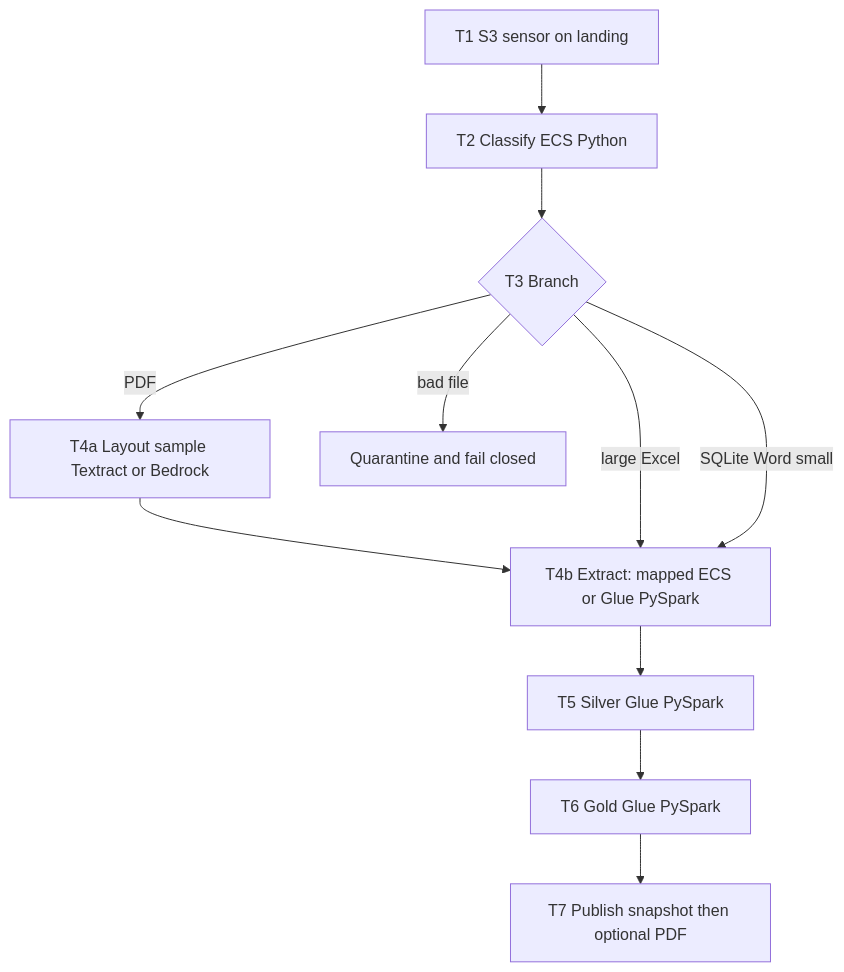
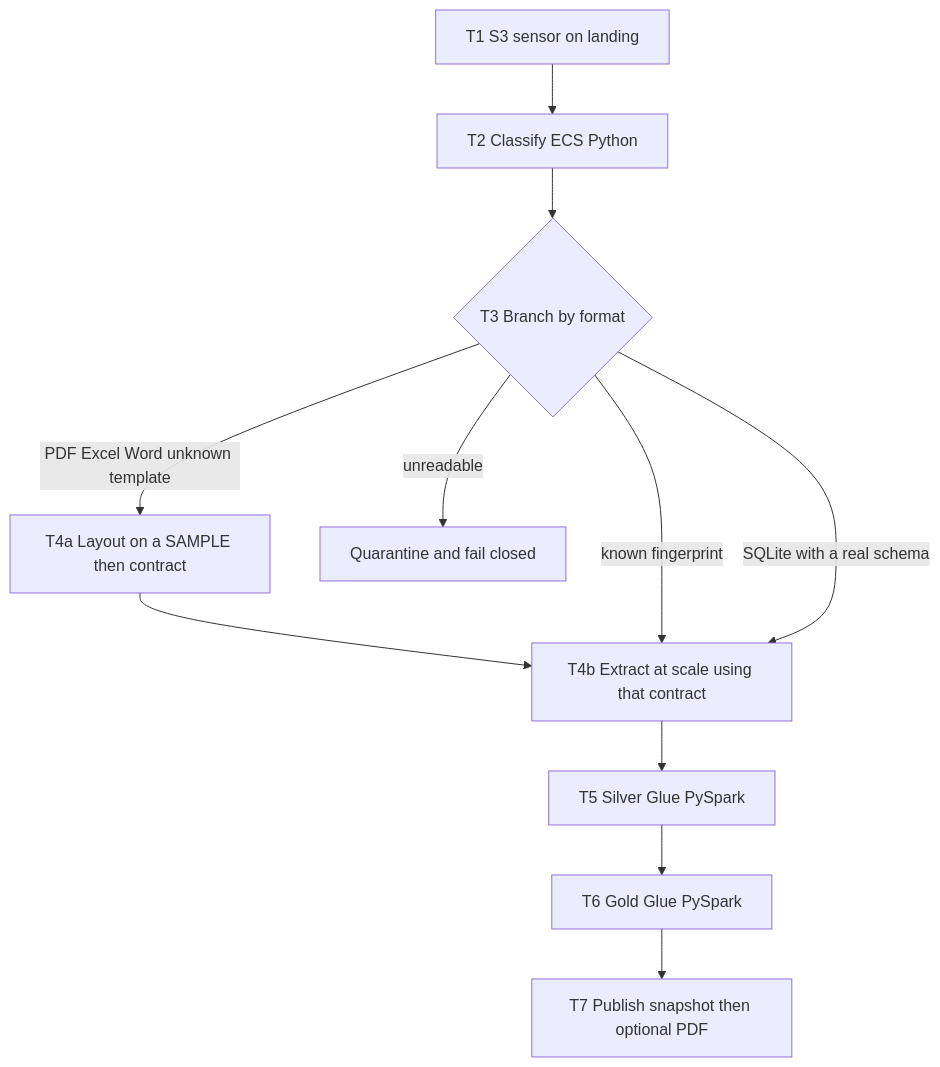
Before and after one commit to arielmmdx/document-intelligence-lake: the diagram in expected-solutions/diagrams/02_expected_airflow_dag.mmd, drawn with Mermaid. The commit also changed 8 other files, not shown here.

Commit message:
Clarify layout discovery for Excel and Word: sample then scale extract.

```diff
--- a/expected-solutions/diagrams/02_expected_airflow_dag.mmd
+++ b/expected-solutions/diagrams/02_expected_airflow_dag.mmd
@@ -1,18 +1,19 @@
 %% 02 — Expected Airflow DAG. Paste into https://mermaid.live
+%% T4a (layout) runs for PDF, Excel, and Word unless a known contract fingerprint hits.
 flowchart TD
   T1[T1 S3 sensor on landing]
   T2[T2 Classify ECS Python]
-  BR{T3 Branch}
-  T4A[T4a Layout sample Textract or Bedrock]
-  T4B[T4b Extract: mapped ECS or Glue PySpark]
+  BR{T3 Branch by format}
+  T4A[T4a Layout on a SAMPLE then contract]
+  T4B[T4b Extract at scale using that contract]
   T5[T5 Silver Glue PySpark]
   T6[T6 Gold Glue PySpark]
   T7[T7 Publish snapshot then optional PDF]
   Q[Quarantine and fail closed]
 
   T1 --> T2 --> BR
-  BR -->|PDF| T4A --> T4B
-  BR -->|large Excel| T4B
-  BR -->|SQLite Word small| T4B
-  BR -->|bad file| Q
+  BR -->|PDF Excel Word unknown template| T4A --> T4B
+  BR -->|known fingerprint| T4B
+  BR -->|SQLite with a real schema| T4B
+  BR -->|unreadable| Q
   T4B --> T5 --> T6 --> T7
```
